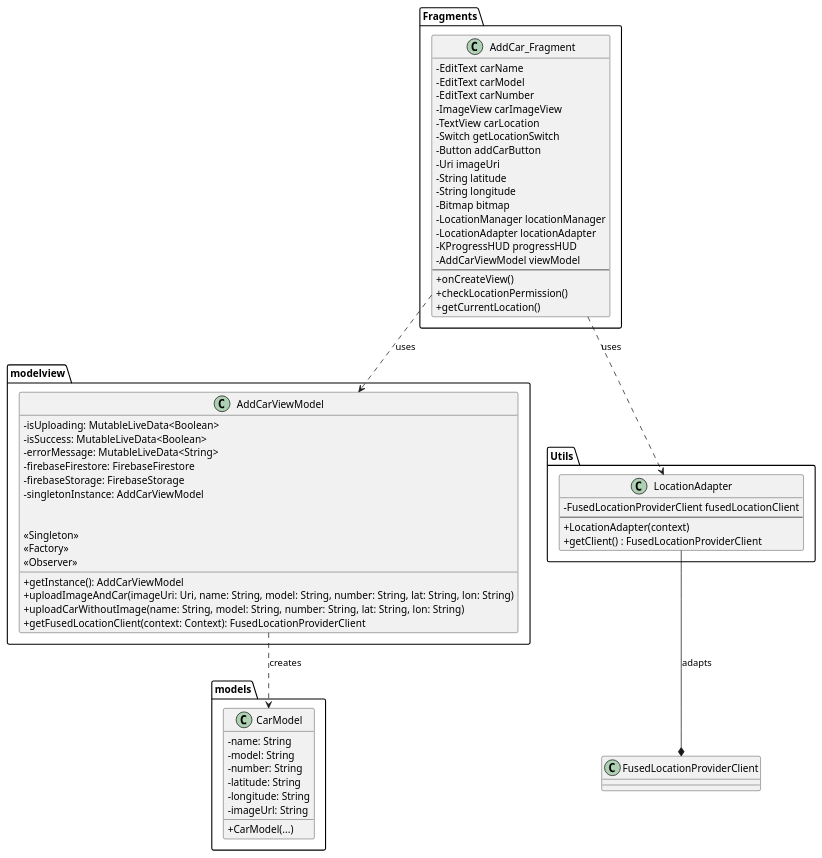
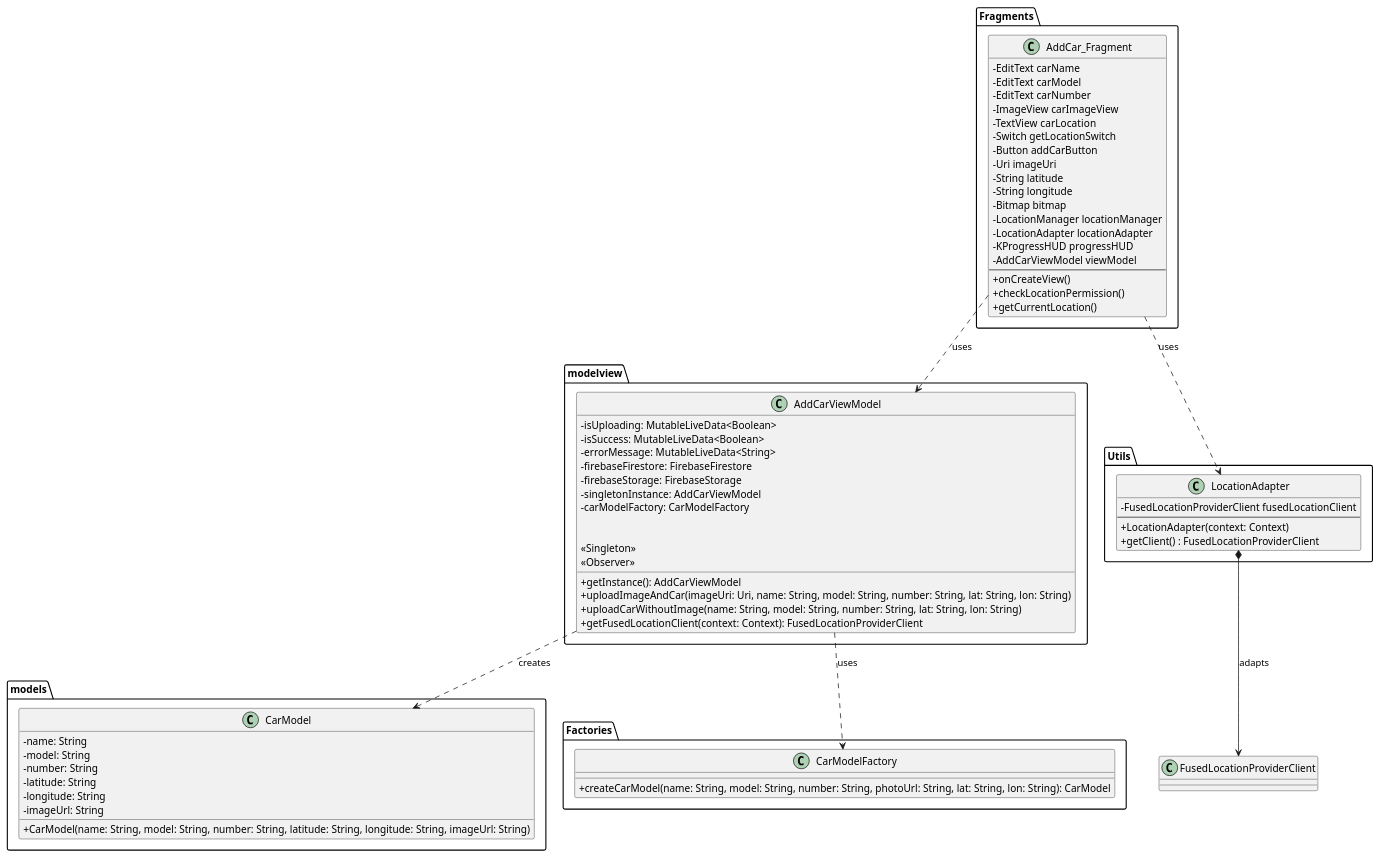
One commit to seruyvodoley/vehicle_tracking changed the diagram in app/src/main/java/com/example/vehicletracking/fragments/class.puml. Above: the diagram before and after it, drawn with PlantUML. The commit also changed 5 other files, not shown here.

```diff
--- a/app/src/main/java/com/example/vehicletracking/fragments/class.puml
+++ b/app/src/main/java/com/example/vehicletracking/fragments/class.puml
@@ -1,74 +1,86 @@
 @startuml
 skinparam classAttributeIconSize 0
 
 ' ------------------ CarModel ---------------------
 package models{
     class CarModel {
       - name: String
       - model: String
       - number: String
       - latitude: String
       - longitude: String
       - imageUrl: String
-      + CarModel(...)
+      + CarModel(name: String, model: String, number: String, latitude: String, longitude: String, imageUrl: String)
+    }
+}
+
+' ------------------ CarModelFactory ---------------------
+package "Factories" {
+    class CarModelFactory {
+      + createCarModel(name: String, model: String, number: String, photoUrl: String, lat: String, lon: String): CarModel
     }
 }
 
 ' ------------------ AddCarViewModel ---------------------
 package modelview{
     class AddCarViewModel {
       - isUploading: MutableLiveData<Boolean>
       - isSuccess: MutableLiveData<Boolean>
       - errorMessage: MutableLiveData<String>
       - firebaseFirestore: FirebaseFirestore
       - firebaseStorage: FirebaseStorage
       - singletonInstance: AddCarViewModel
+      - carModelFactory: CarModelFactory
 
       + getInstance(): AddCarViewModel
       + uploadImageAndCar(imageUri: Uri, name: String, model: String, number: String, lat: String, lon: String)
       + uploadCarWithoutImage(name: String, model: String, number: String, lat: String, lon: String)
       + getFusedLocationClient(context: Context): FusedLocationProviderClient
 
       <<Singleton>>
-      <<Factory>>
       <<Observer>>
     }
 }
+
+' ------------------ AddCar_Fragment ---------------------
 package "Fragments" {
     class AddCar_Fragment {
         - EditText carName
         - EditText carModel
         - EditText carNumber
         - ImageView carImageView
         - TextView carLocation
         - Switch getLocationSwitch
         - Button addCarButton
         - Uri imageUri
         - String latitude
         - String longitude
         - Bitmap bitmap
         - LocationManager locationManager
         - LocationAdapter locationAdapter
         - KProgressHUD progressHUD
         - AddCarViewModel viewModel
         --
         + onCreateView()
         + checkLocationPermission()
         + getCurrentLocation()
     }
 }
+
+' ------------------ LocationAdapter ---------------------
 package "Utils" {
     class LocationAdapter {
         - FusedLocationProviderClient fusedLocationClient
         --
-        + LocationAdapter(context)
+        + LocationAdapter(context: Context)
         + getClient() : FusedLocationProviderClient
     }
 }
 
 AddCar_Fragment ..> AddCarViewModel : uses
 AddCarViewModel ..> CarModel : creates
+AddCarViewModel ..> CarModelFactory : uses
 AddCar_Fragment ..> LocationAdapter : uses
-LocationAdapter --* FusedLocationProviderClient : adapts
+LocationAdapter *--> FusedLocationProviderClient : adapts
 
 @enduml
```
